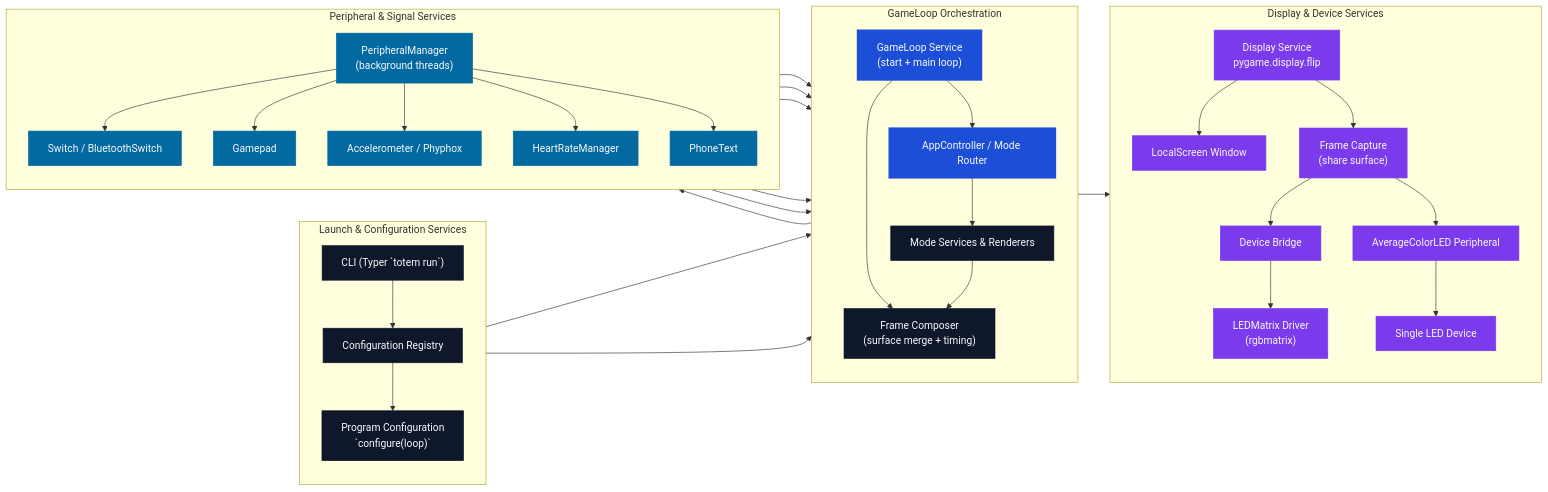
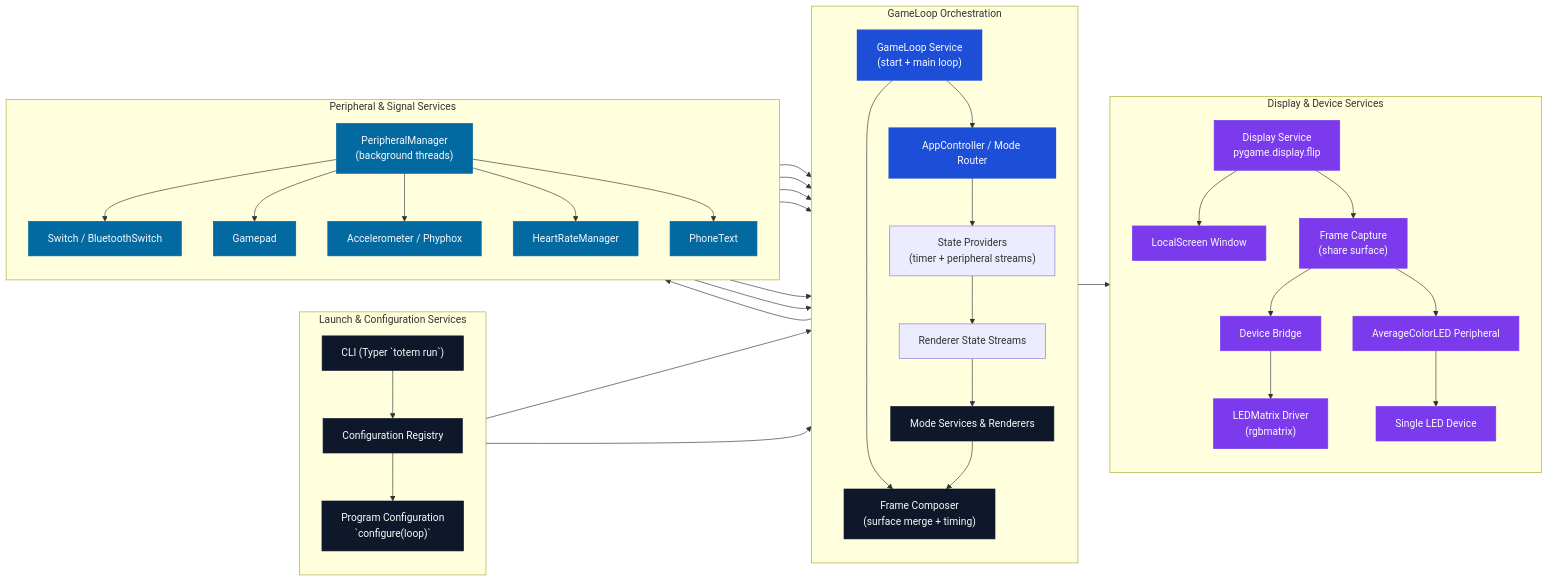
Before and after one commit to Organization5762/heart: the diagram in docs/code_flow.md, drawn with Mermaid. The commit also changed other lines of this file and 13 other files, not shown here.

````diff
--- a/docs/code_flow.md
+++ b/docs/code_flow.md
@@ -19,65 +19,68 @@
 ```mermaid
 flowchart LR
     %% Visual classes for different service categories
     classDef orchestrator fill:#1d4ed8,stroke:#1d4ed8,color:#f8fafc,stroke-width:2px;
     classDef service fill:#0f172a,stroke:#0f172a,color:#f8fafc;
     classDef input fill:#0369a1,stroke:#0369a1,color:#f8fafc;
     classDef output fill:#7c3aed,stroke:#7c3aed,color:#f8fafc;
 
     subgraph Launch["Launch & Configuration Services"]
         direction TB
         CLI["CLI (Typer `totem run`)"]
         Registry["Configuration Registry"]
         Configurer["Program Configuration\n`configure(loop)`"]
     end
 
     subgraph Runtime["GameLoop Orchestration"]
         direction TB
         Loop["GameLoop Service\n(start + main loop)"]
         AppRouter["AppController / Mode Router"]
+        Providers["State Providers\n(timer + peripheral streams)"]
+        RendererState["Renderer State Streams"]
         ModeServices["Mode Services & Renderers"]
         FrameComposer["Frame Composer\n(surface merge + timing)"]
     end
 
     subgraph Inputs["Peripheral & Signal Services"]
         direction TB
         PeripheralMgr["PeripheralManager\n(background threads)"]
         Switch["Switch / BluetoothSwitch"]
         Gamepad["Gamepad"]
         Sensors["Accelerometer / Phyphox"]
         HeartRate["HeartRateManager"]
         PhoneText["PhoneText"]
     end
 
     subgraph Outputs["Display & Device Services"]
         direction TB
         DisplaySvc["Display Service\npygame.display.flip"]
         LocalScreen["LocalScreen Window"]
         Capture["Frame Capture\n(share surface)"]
         DeviceBridge["Device Bridge"]
         LedMatrix["LEDMatrix Driver\n(rgbmatrix)"]
         AverageMirror["AverageColorLED Peripheral"]
         SingleLED["Single LED Device"]
     end
 
     CLI --> Registry --> Configurer --> Loop
     Configurer --> AppRouter
     Loop --> AppRouter
     Loop --> FrameComposer
-    AppRouter --> ModeServices --> FrameComposer --> DisplaySvc
+    AppRouter --> Providers --> RendererState --> ModeServices --> FrameComposer --> DisplaySvc
     DisplaySvc --> LocalScreen
     DisplaySvc --> Capture --> DeviceBridge --> LedMatrix
     Capture --> AverageMirror --> SingleLED
 
     Loop --> PeripheralMgr
     PeripheralMgr --> Switch --> AppRouter
     PeripheralMgr --> Gamepad --> AppRouter
     PeripheralMgr --> Sensors --> AppRouter
     PeripheralMgr --> HeartRate --> AppRouter
     PeripheralMgr --> PhoneText --> AppRouter
+    PeripheralMgr --> Providers
 
     class CLI,Registry,Configurer,ModeServices,FrameComposer service;
     class Loop,AppRouter orchestrator;
     class PeripheralMgr,Switch,Gamepad,Sensors,HeartRate,PhoneText input;
     class DisplaySvc,LocalScreen,Capture,DeviceBridge,LedMatrix,AverageMirror,SingleLED output;
 ```
````
